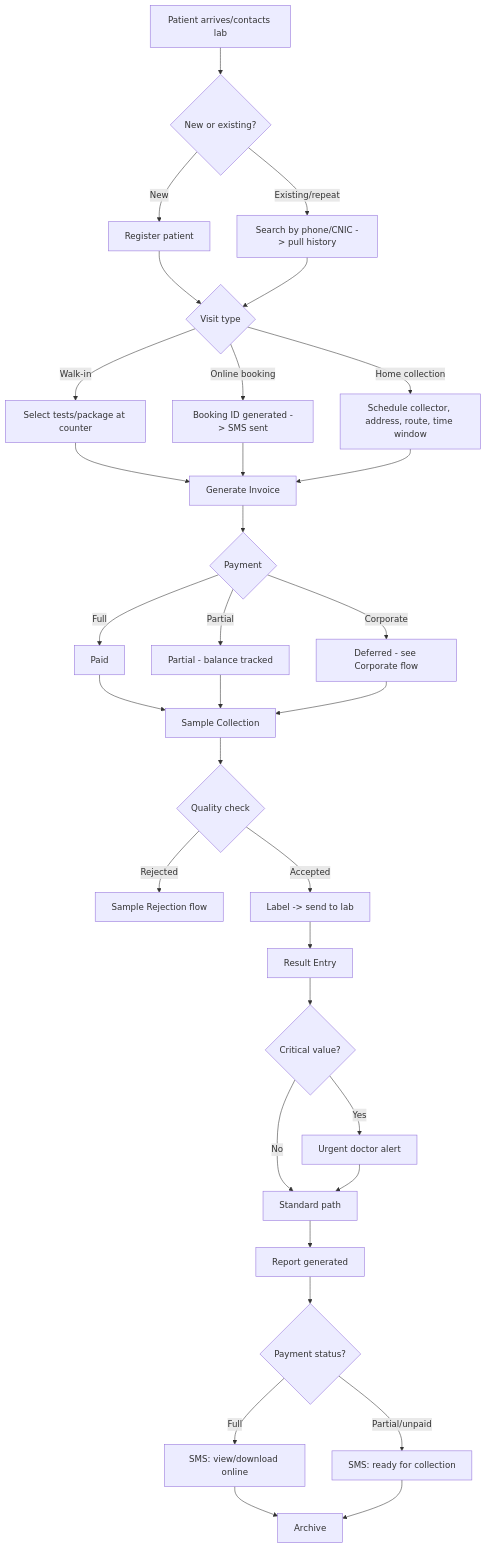
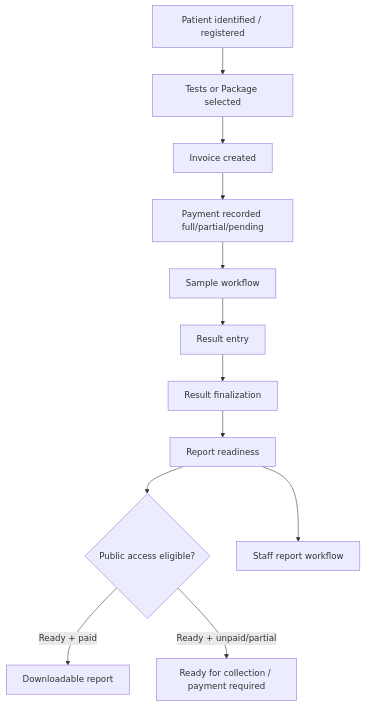
One commit to zaighaumrana/lab-software changed the eighth of 13 diagrams in docs/03_Core_Domain_Design.md. Above: the diagram before and after it, drawn with Mermaid. The commit also changed other lines of this file, not shown here.

````diff
--- a/docs/03_Core_Domain_Design.md
+++ b/docs/03_Core_Domain_Design.md
@@ -306,35 +626,14 @@
 ```mermaid
 flowchart TD
-    A[Patient arrives/contacts lab] --> B{New or existing?}
-    B -->|New| C[Register patient]
-    B -->|Existing/repeat| D[Search by phone/CNIC -> pull history]
-    C --> E{Visit type}
-    D --> E
-    E -->|Walk-in| F[Select tests/package at counter]
-    E -->|Online booking| G[Booking ID generated -> SMS sent]
-    E -->|Home collection| H[Schedule collector, address, route, time window]
-    F --> I[Generate Invoice]
-    G --> I
-    H --> I
-    I --> J{Payment}
-    J -->|Full| K[Paid]
-    J -->|Partial| L[Partial - balance tracked]
-    J -->|Corporate| M[Deferred - see Corporate flow]
-    K --> N[Sample Collection]
-    L --> N
-    M --> N
-    N --> O{Quality check}
-    O -->|Rejected| P[Sample Rejection flow]
-    O -->|Accepted| Q[Label -> send to lab]
-    Q --> R[Result Entry]
-    R --> S{Critical value?}
-    S -->|Yes| T[Urgent doctor alert]
-    S -->|No| U[Standard path]
-    T --> U
-    U --> V[Report generated]
-    V --> W{Payment status?}
-    W -->|Full| X[SMS: view/download online]
-    W -->|Partial/unpaid| Y[SMS: ready for collection]
-    X --> Z[Archive]
-    Y --> Z
+    A[Patient identified / registered] --> B[Tests or Package selected]
+    B --> C[Invoice created]
+    C --> D[Payment recorded full/partial/pending]
+    D --> E[Sample workflow]
+    E --> F[Result entry]
+    F --> G[Result finalization]
+    G --> H[Report readiness]
+    H --> I{Public access eligible?}
+    I -->|Ready + paid| J[Downloadable report]
+    I -->|Ready + unpaid/partial| K[Ready for collection / payment required]
+    H --> L[Staff report workflow]
 ```
````
